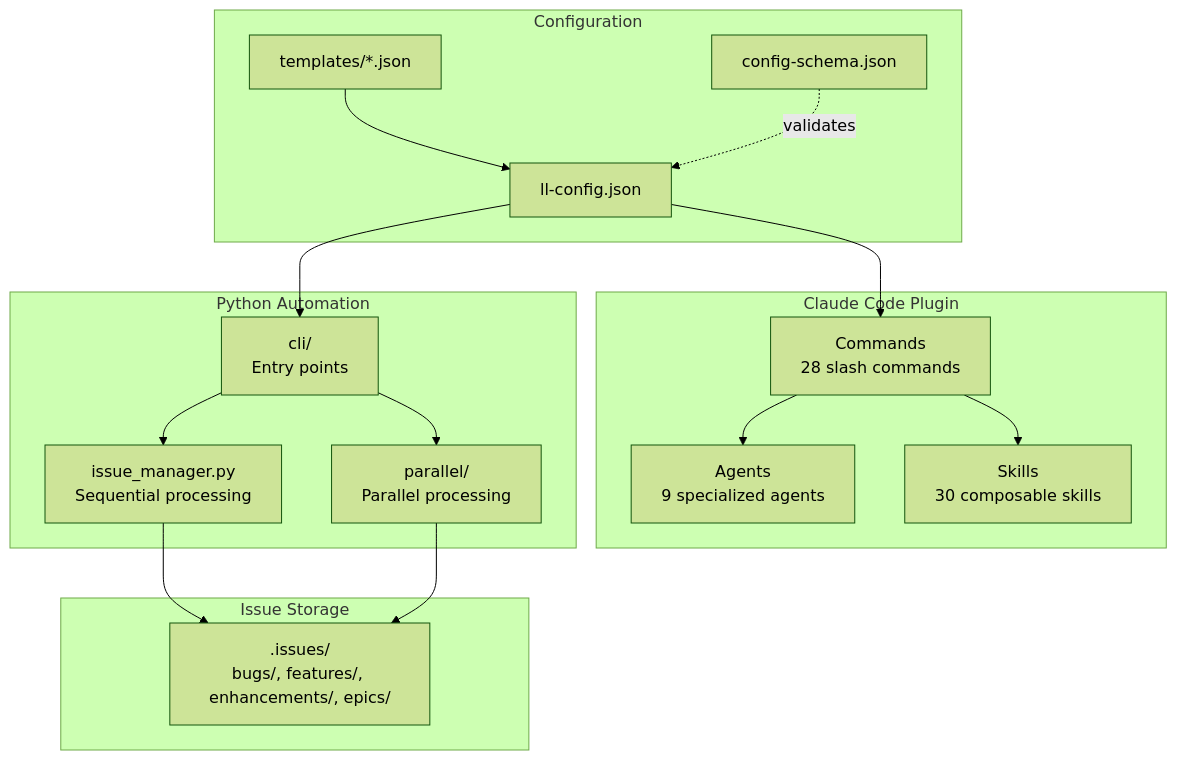
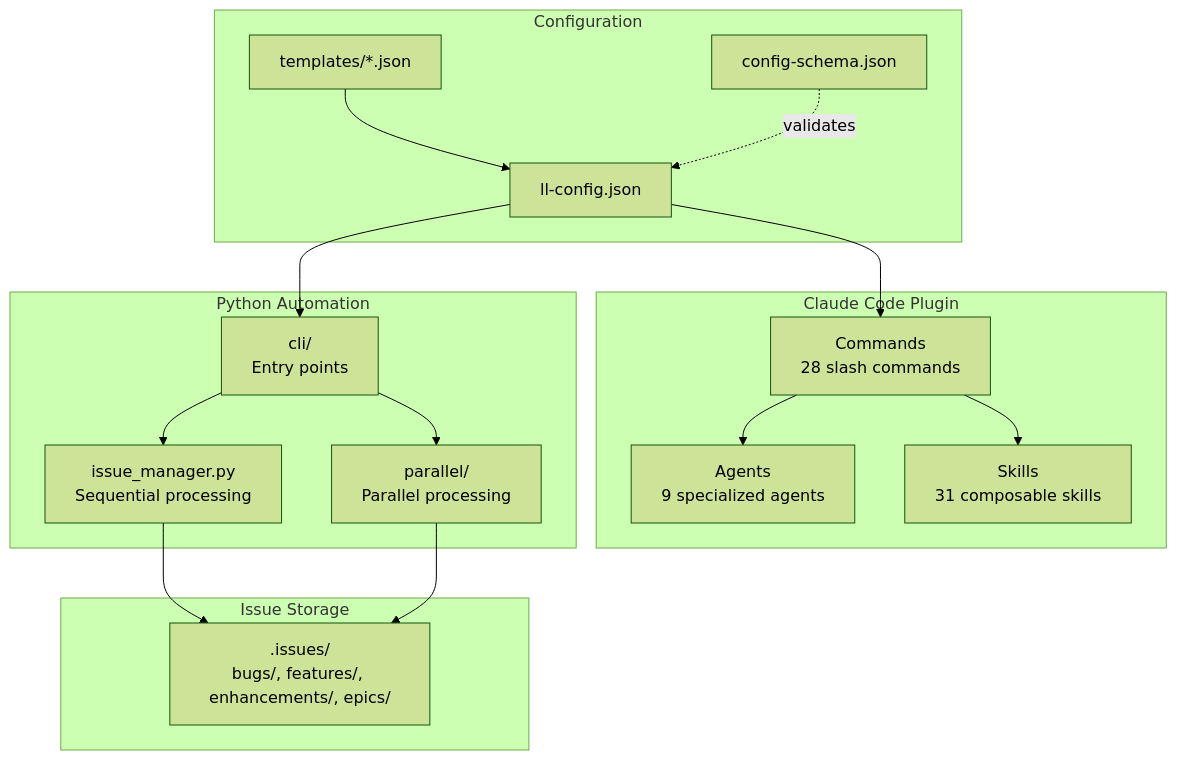
Before and after one commit to BrennonTWilliams/little-loops: the first of 14 diagrams in docs/ARCHITECTURE.md, drawn with Mermaid (forest theme). The commit also changed other lines of this file and 9 other files, not shown here.

````diff
--- a/docs/ARCHITECTURE.md
+++ b/docs/ARCHITECTURE.md
@@ -21,35 +21,35 @@
 ```mermaid
 flowchart TB
     subgraph "Claude Code Plugin"
         CMD[Commands<br/>28 slash commands]
         AGT[Agents<br/>9 specialized agents]
-        SKL[Skills<br/>30 composable skills]
+        SKL[Skills<br/>31 composable skills]
     end
 
     subgraph "Configuration"
         CFG[ll-config.json]
         SCHEMA[config-schema.json]
         TPL[templates/*.json]
     end
 
     subgraph "Python Automation"
         CLI[cli/<br/>Entry points]
         AUTO[issue_manager.py<br/>Sequential processing]
         PARALLEL[parallel/<br/>Parallel processing]
     end
 
     subgraph "Issue Storage"
         ISSUES[.issues/<br/>bugs/, features/, enhancements/, epics/]
     end
 
     CFG --> CMD
     TPL --> CFG
     SCHEMA -.->|validates| CFG
     CFG --> CLI
     CMD --> AGT
     CMD --> SKL
     CLI --> AUTO
     CLI --> PARALLEL
     AUTO --> ISSUES
     PARALLEL --> ISSUES
 ```
````
